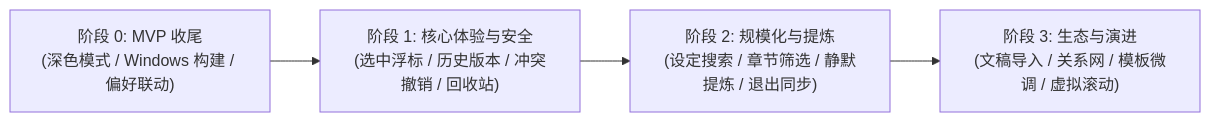
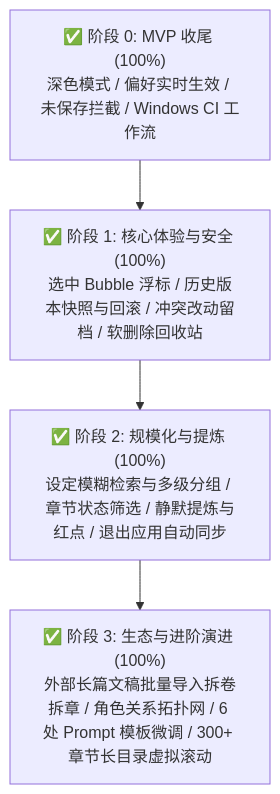
Before and after one commit to orderye/Easy-writing: the diagram in Docs/Easy-writing · 小说工作台 全面后续研发与演进计划.md, drawn with Mermaid. The commit also changed other lines of this file, not shown here.

````diff
--- a/Docs/Easy-writing · 小说工作台 全面后续研发与演进计划.md
+++ b/Docs/Easy-writing · 小说工作台 全面后续研发与演进计划.md
@@ -34,6 +10,6 @@
 ```mermaid
-flowchart LR
-    P0["阶段 0: MVP 收尾<br>(深色模式 / Windows 构建 / 偏好联动)"] --> P1["阶段 1: 核心体验与安全<br>(选中浮标 / 历史版本 / 冲突撤销 / 回收站)"]
-    P1 --> P2["阶段 2: 规模化与提炼<br>(设定搜索 / 章节筛选 / 静默提炼 / 退出同步)"]
-    P2 --> P3["阶段 3: 生态与演进<br>(文稿导入 / 关系网 / 模板微调 / 虚拟滚动)"]
+flowchart TD
+    P0["✅ 阶段 0: MVP 收尾 (100%)<br>深色模式 / 偏好实时生效 / 未保存拦截 / Windows CI 工作流"] --> P1["✅ 阶段 1: 核心体验与安全 (100%)<br>选中 Bubble 浮标 / 历史版本快照与回滚 / 冲突改动留档 / 软删除回收站"]
+    P1 --> P2["✅ 阶段 2: 规模化与提炼 (100%)<br>设定模糊检索与多级分组 / 章节状态筛选 / 静默提炼与红点 / 退出应用自动同步"]
+    P2 --> P3["✅ 阶段 3: 生态与进阶演进 (100%)<br>外部长篇文稿批量导入拆卷拆章 / 角色关系拓扑网 / 6 处 Prompt 模板微调 / 300+ 章节长目录虚拟滚动"]
 ```
````
